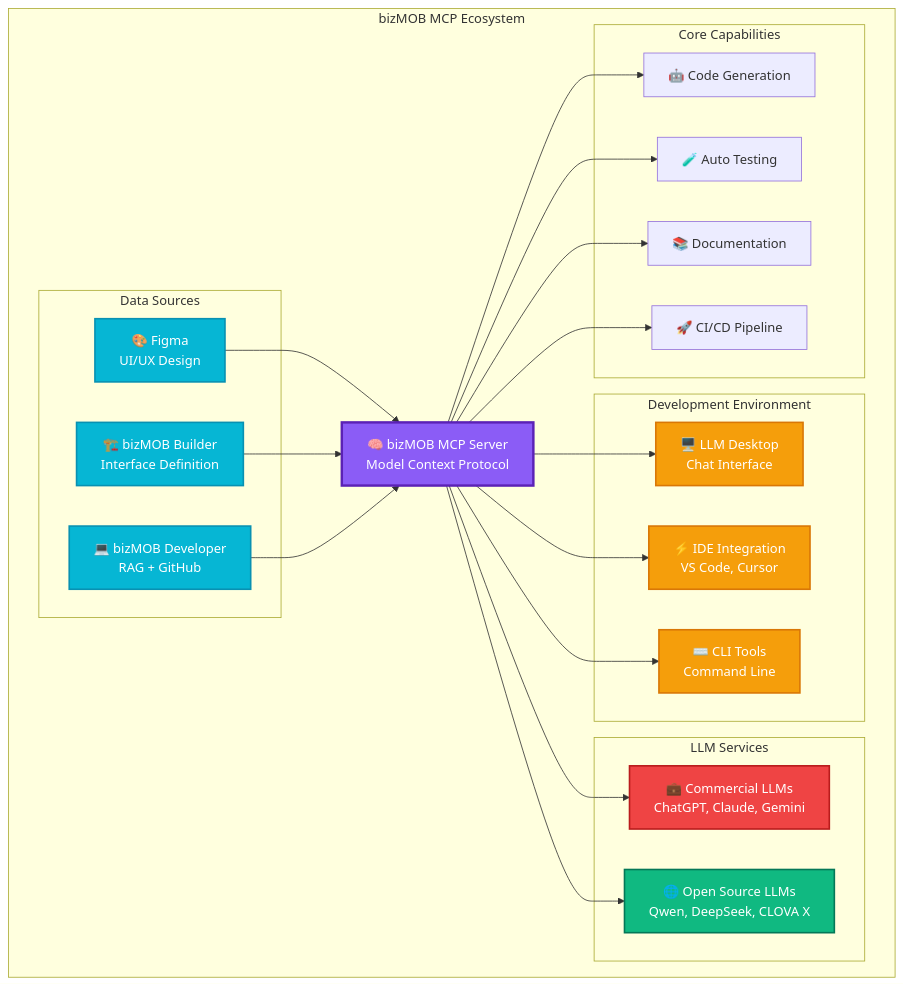
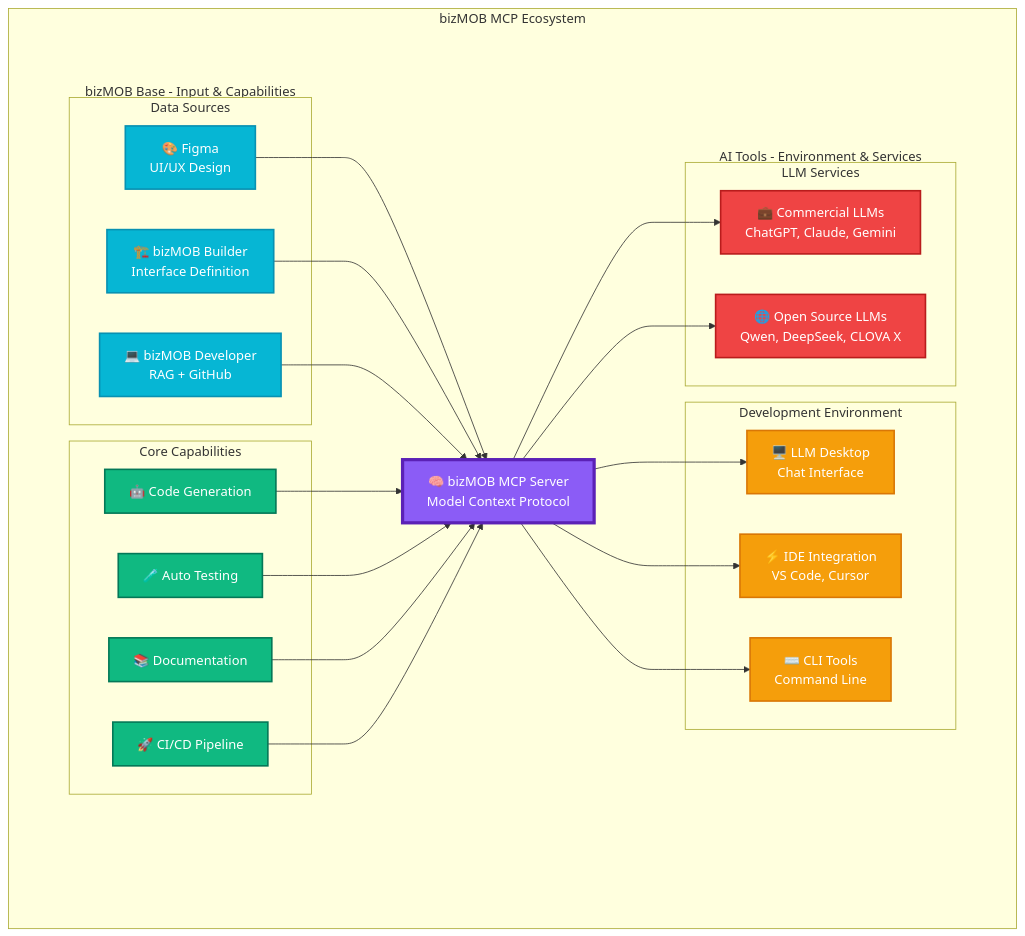
Before and after one commit to anthonyjjang/bizmob_base_project: the first of 18 diagrams in bizMOB4Vue-SI/docs/bizMOB-Eco-System.md, drawn with Mermaid.

Commit message:
Echo Diagram Update

````diff
--- a/bizMOB4Vue-SI/docs/bizMOB-Eco-System.md
+++ b/bizMOB4Vue-SI/docs/bizMOB-Eco-System.md
@@ -28,56 +28,81 @@
 ```mermaid
 graph TB
     subgraph "bizMOB MCP Ecosystem"
         MCP[🧠 bizMOB MCP Server<br/>Model Context Protocol]
         
-        subgraph "Data Sources"
-            DS1[🎨 Figma<br/>UI/UX Design]
-            DS2[🏗️ bizMOB Builder<br/>Interface Definition]
-            DS3[💻 bizMOB Developer<br/>RAG + GitHub]
+        subgraph LEFT["bizMOB Base - Input & Capabilities"]
+            subgraph "Data Sources"
+                DS1[🎨 Figma<br/>UI/UX Design]
+                DS2[🏗️ bizMOB Builder<br/>Interface Definition]
+                DS3[💻 bizMOB Developer<br/>RAG + GitHub]
+            end
+            
+            subgraph "Core Capabilities"
+                CC1[🤖 Code Generation]
+                CC2[🧪 Auto Testing]
+                CC3[📚 Documentation]
+                CC4[🚀 CI/CD Pipeline]
+            end
         end
         
-        subgraph "Development Environment"
-            DE1[🖥️ LLM Desktop<br/>Chat Interface]
-            DE2[⚡ IDE Integration<br/>VS Code, Cursor]
-            DE3[⌨️ CLI Tools<br/>Command Line]
-        end
-        
-        subgraph "LLM Services"
-            LS1[💼 Commercial LLMs<br/>ChatGPT, Claude, Gemini]
-            LS2[🌐 Open Source LLMs<br/>Qwen, DeepSeek, CLOVA X]
-        end
-        
-        subgraph "Core Capabilities"
-            CC1[🤖 Code Generation]
-            CC2[🧪 Auto Testing]
-            CC3[📚 Documentation]
-            CC4[🚀 CI/CD Pipeline]
+        subgraph RIGHT["AI Tools - Environment & Services"]
+            subgraph "Development Environment"
+                DE1[🖥️ LLM Desktop<br/>Chat Interface]
+                DE2[⚡ IDE Integration<br/>VS Code, Cursor]
+                DE3[⌨️ CLI Tools<br/>Command Line]
+            end
+            
+            subgraph "LLM Services"
+                LS1[💼 Commercial LLMs<br/>ChatGPT, Claude, Gemini]
+                LS2[🌐 Open Source LLMs<br/>Qwen, DeepSeek, CLOVA X]
+            end
         end
     end
     
+    %% Data Sources to MCP (Left to Center)
     DS1 --> MCP
     DS2 --> MCP
     DS3 --> MCP
     
+    %% MCP to Core Capabilities (Center to Left)
+    CC1 --> MCP
+    CC2 --> MCP
+    CC3 --> MCP
+    CC4 --> MCP
+    
+    %% MCP to Development Environment (Center to Right)
     MCP --> DE1
     MCP --> DE2
     MCP --> DE3
     
+    %% MCP to LLM Services (Center to Right)
     MCP --> LS1
     MCP --> LS2
     
-    MCP --> CC1
-    MCP --> CC2
-    MCP --> CC3
-    MCP --> CC4
+    %% Styling
+    style MCP fill:#8B5CF6,stroke:#5B21B6,stroke-width:4px,color:#fff
     
-    style MCP fill:#8B5CF6,stroke:#5B21B6,stroke-width:3px,color:#fff
+    %% Left Side - Data Sources (Blue theme)
     style DS1 fill:#06B6D4,stroke:#0891B2,stroke-width:2px,color:#fff
     style DS2 fill:#06B6D4,stroke:#0891B2,stroke-width:2px,color:#fff
     style DS3 fill:#06B6D4,stroke:#0891B2,stroke-width:2px,color:#fff
+    
+    %% Left Side - Core Capabilities (Green theme)
+    style CC1 fill:#10B981,stroke:#047857,stroke-width:2px,color:#fff
+    style CC2 fill:#10B981,stroke:#047857,stroke-width:2px,color:#fff
+    style CC3 fill:#10B981,stroke:#047857,stroke-width:2px,color:#fff
+    style CC4 fill:#10B981,stroke:#047857,stroke-width:2px,color:#fff
+    
+    %% Right Side - Development Environment (Orange theme)
     style DE1 fill:#F59E0B,stroke:#D97706,stroke-width:2px,color:#fff
     style DE2 fill:#F59E0B,stroke:#D97706,stroke-width:2px,color:#fff
     style DE3 fill:#F59E0B,stroke:#D97706,stroke-width:2px,color:#fff
+    
+    %% Right Side - LLM Services (Red theme)
     style LS1 fill:#EF4444,stroke:#B91C1C,stroke-width:2px,color:#fff
-    style LS2 fill:#10B981,stroke:#047857,stroke-width:2px,color:#fff
+    style LS2 fill:#EF4444,stroke:#B91C1C,stroke-width:2px,color:#fff
+    
+    %% Hide group borders
+    style LEFT fill:none,stroke:none
+    style RIGHT fill:none,stroke:none
 ```
````
